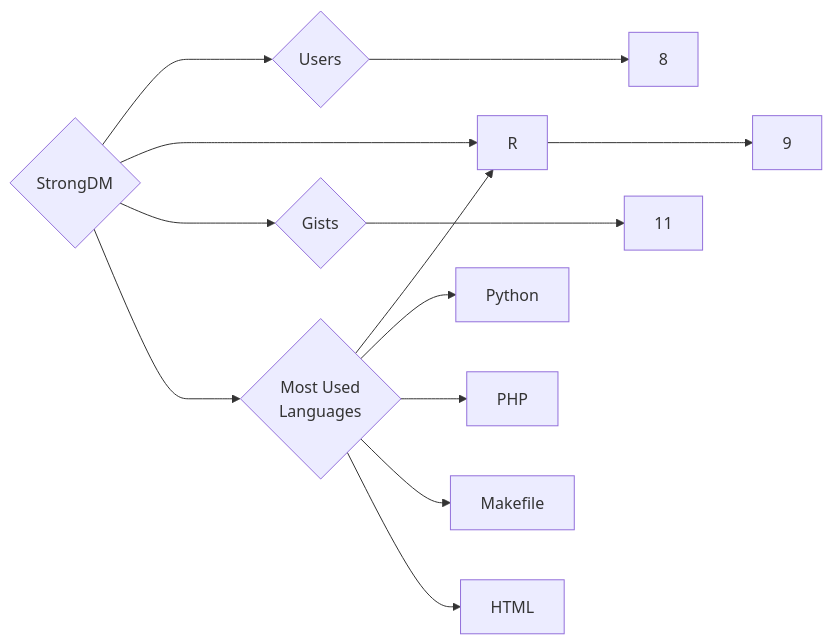
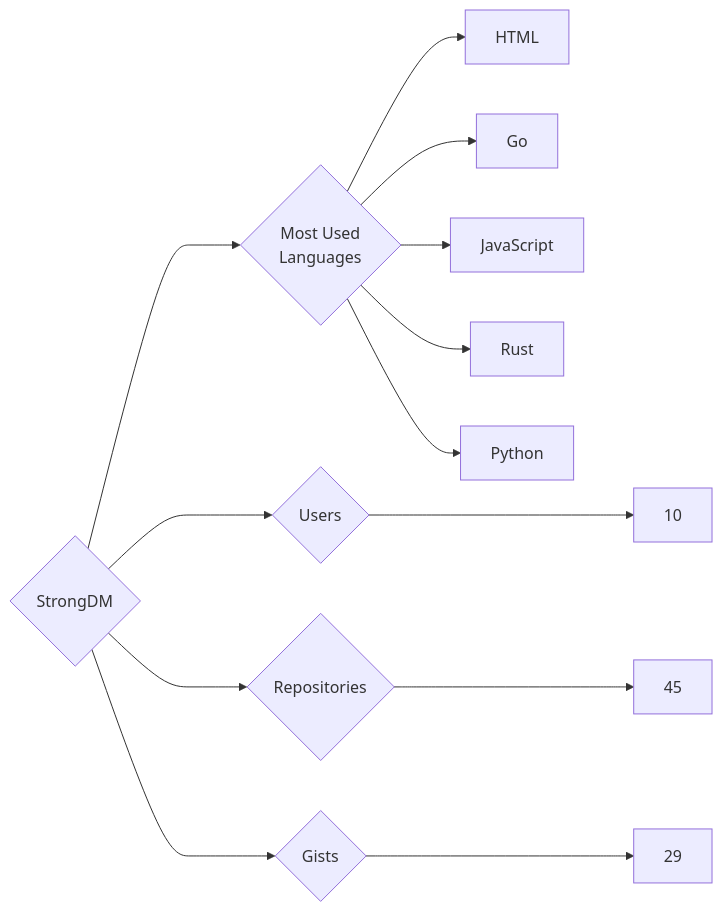
One commit to trickest/insiders changed the diagram in targets/StrongDM/README.md. Above: the diagram before and after it, drawn with Mermaid. The commit also changed 728 other files, not shown here.

````diff
--- a/targets/StrongDM/README.md
+++ b/targets/StrongDM/README.md
@@ -3,13 +3,13 @@
 ```mermaid
 graph LR
 COMPANY_NAME{StrongDM}
-COMPANY_NAME ---> U{Users} ---> UN[8]
-COMPANY_NAME ---> R{Repositories} ---> RN[9]
-COMPANY_NAME ---> G{Gists} ---> GN[11]
+COMPANY_NAME ---> U{Users} ---> UN[10]
+COMPANY_NAME ---> R{Repositories} ---> RN[45]
+COMPANY_NAME ---> G{Gists} ---> GN[29]
 COMPANY_NAME ---> ML{Most Used<br>Languages}
-ML --> R[R]
+ML --> HTML[HTML]
+ML --> Go[Go]
+ML --> JavaScript[JavaScript]
+ML --> Rust[Rust]
 ML --> Python[Python]
-ML --> PHP[PHP]
-ML --> Makefile[Makefile]
-ML --> HTML[HTML]
 ```
````
